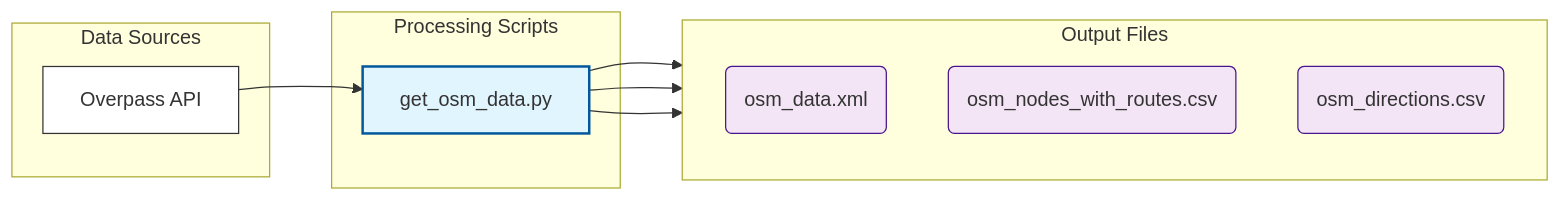
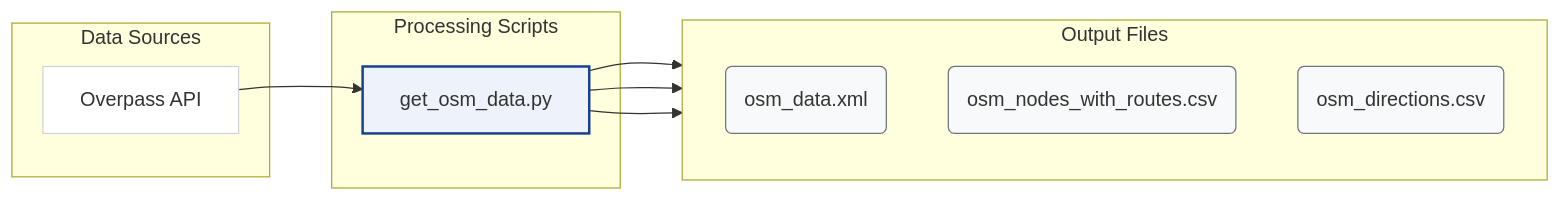
One commit to openTdataCH/stop_sync_osm_atlas changed the second of 2 diagrams in documentation/1. Download and process data.md. Above: the diagram before and after it, drawn with Mermaid. The commit also changed other lines of this file and 35 other files, not shown here.

````diff
--- a/documentation/1. Download and process data.md
+++ b/documentation/1. Download and process data.md
@@ -57,28 +57,28 @@
 ```mermaid
 flowchart LR
-    classDef plain fill:#fff,stroke:#333,stroke-width:1px;
-    classDef script fill:#e1f5fe,stroke:#01579b,stroke-width:2px;
-    classDef file fill:#f3e5f5,stroke:#4a148c,stroke-width:1px;
+    classDef plain fill:#fff,stroke:#ced4da,stroke-width:1px;
+    classDef script fill:#eef3fb,stroke:#174092,stroke-width:2px;
+    classDef file fill:#f8f9fa,stroke:#6c757d,stroke-width:1px;
 
     subgraph Sources ["Data Sources"]
         OV[Overpass API]:::plain
     end
 
     subgraph Scripts ["Processing Scripts"]
         SO[get_osm_data.py]:::script
     end
 
     subgraph Outputs ["Output Files"]
         direction TB
         PX(osm_data.xml):::file
         PO(osm_nodes_with_routes.csv):::file
         PD(osm_directions.csv):::file
     end
 
     Sources ~~~ Scripts ~~~ Outputs
 
     OV --> SO
     SO --> PX
     SO --> PO
     SO --> PD
 ```
````
